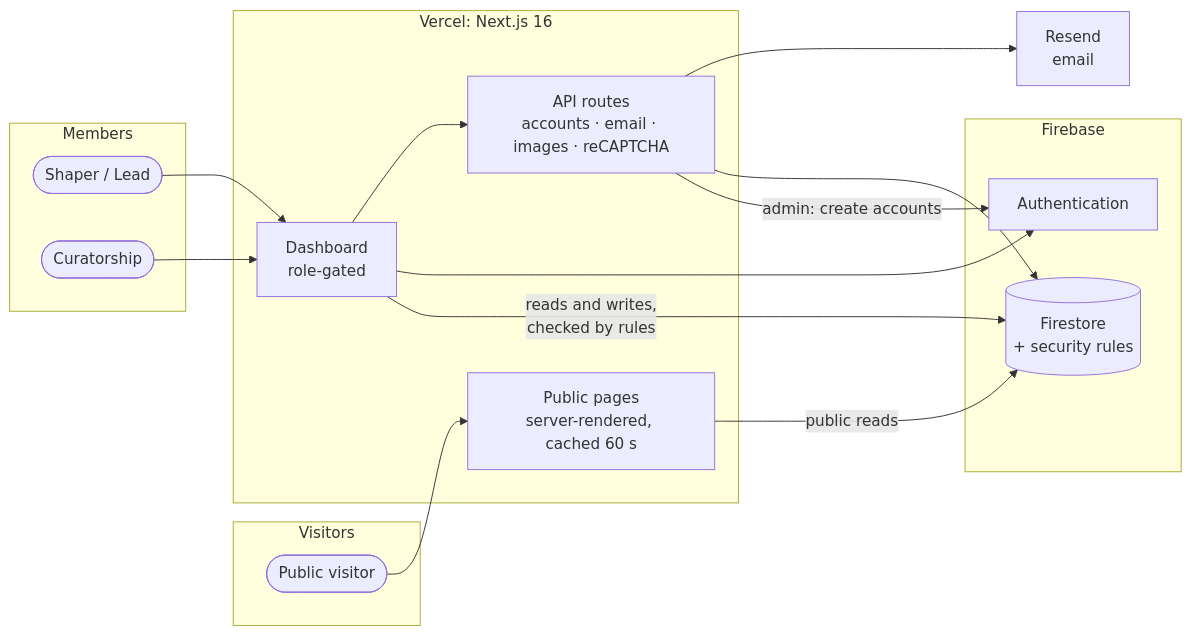
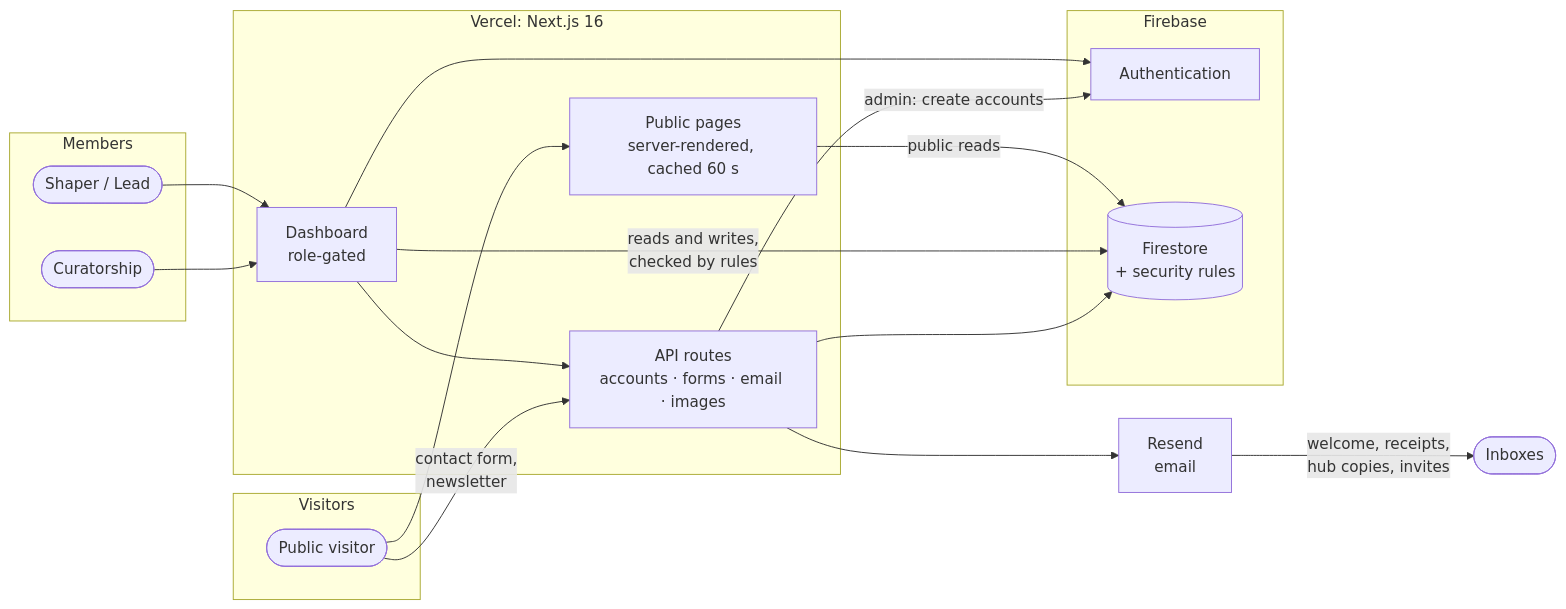
One commit to The-Dark-Ranger/Jeddah-Hub changed the first of 2 diagrams in README.md. Above: the diagram before and after it, drawn with Mermaid. The commit also changed other lines of this file and 3 other files, not shown here.

````diff
--- a/README.md
+++ b/README.md
@@ -20,31 +20,33 @@
 ```mermaid
 flowchart LR
     subgraph Visitors
         V([Public visitor])
     end
     subgraph Members
         S([Shaper / Lead])
         C([Curatorship])
     end
     subgraph Vercel["Vercel: Next.js 16"]
         PUB[Public pages<br/>server-rendered, cached 60 s]
         DASH[Dashboard<br/>role-gated]
-        API[API routes<br/>accounts · email · images · reCAPTCHA]
+        API[API routes<br/>accounts · forms · email · images]
     end
     subgraph Firebase
         AUTH[Authentication]
         FS[(Firestore<br/>+ security rules)]
     end
     RS[Resend<br/>email]
 
     V --> PUB
     S --> DASH
     C --> DASH
     PUB -->|public reads| FS
     DASH -->|reads and writes,<br/>checked by rules| FS
     DASH --> AUTH
     DASH --> API
     API -->|admin: create accounts| AUTH
+    V -->|contact form,<br/>newsletter| API
     API --> FS
     API --> RS
+    RS -->|welcome, receipts,<br/>hub copies, invites| E([Inboxes])
 ```
````
